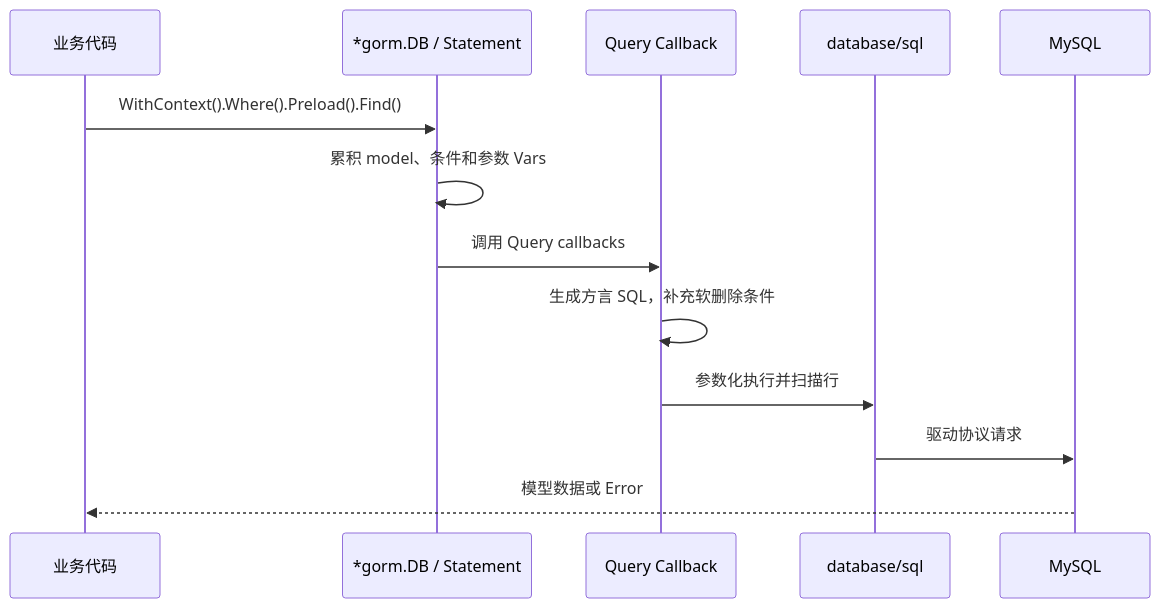
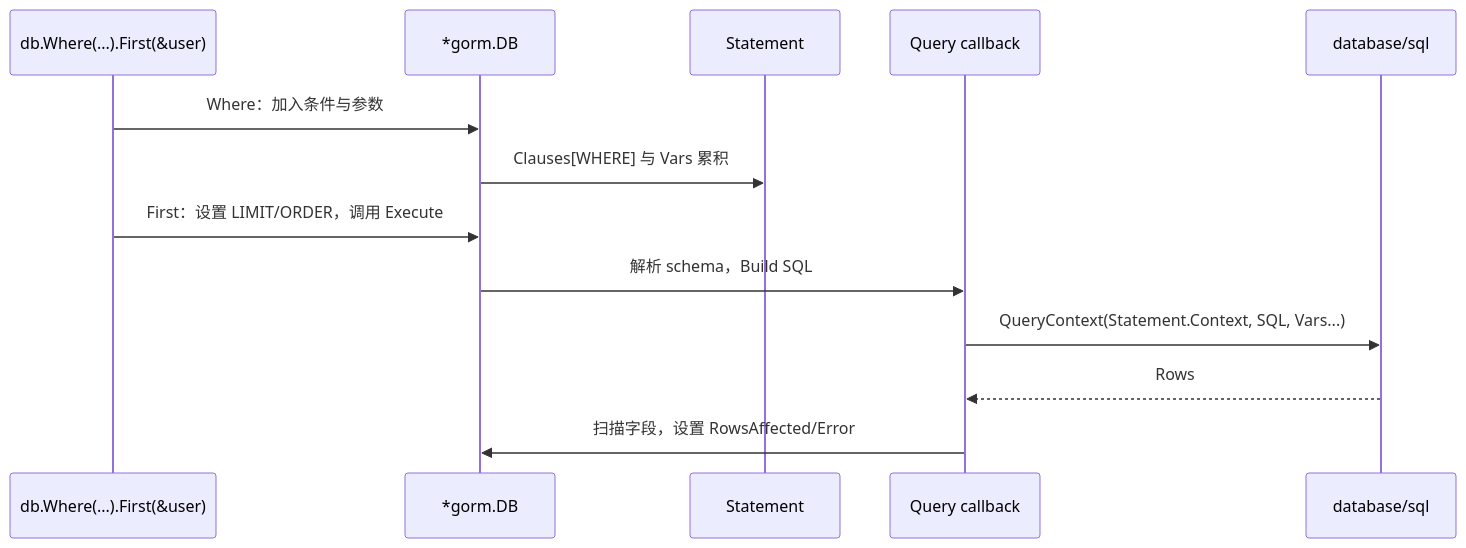
Before and after one commit to zzxrepository/gocode: the second of 2 diagrams in src/backend/go/frameworks-and-ecosystem/02-data-access/03-gorm.md, drawn with Mermaid. The commit also changed other lines of this file and 3 other files, not shown here.

````diff
--- a/src/backend/go/frameworks-and-ecosystem/02-data-access/03-gorm.md
+++ b/src/backend/go/frameworks-and-ecosystem/02-data-access/03-gorm.md
@@ -147,16 +369,16 @@
 ```mermaid
 sequenceDiagram
-    participant App as 业务代码
-    participant GORM as *gorm.DB / Statement
-    participant CB as Query Callback
+    participant A as db.Where(...).First(&user)
+    participant DB as *gorm.DB
+    participant ST as Statement
+    participant CB as Query callback
     participant SQL as database/sql
-    participant MySQL as MySQL
 
-    App->>GORM: WithContext().Where().Preload().Find()
-    GORM->>GORM: 累积 model、条件和参数 Vars
-    GORM->>CB: 调用 Query callbacks
-    CB->>CB: 生成方言 SQL，补充软删除条件
-    CB->>SQL: 参数化执行并扫描行
-    SQL->>MySQL: 驱动协议请求
-    MySQL-->>App: 模型数据或 Error
+    A->>DB: Where：加入条件与参数
+    DB->>ST: Clauses[WHERE] 与 Vars 累积
+    A->>DB: First：设置 LIMIT/ORDER，调用 Execute
+    DB->>CB: 解析 schema，Build SQL
+    CB->>SQL: QueryContext(Statement.Context, SQL, Vars...)
+    SQL-->>CB: Rows
+    CB->>DB: 扫描字段，设置 RowsAffected/Error
 ```
````
